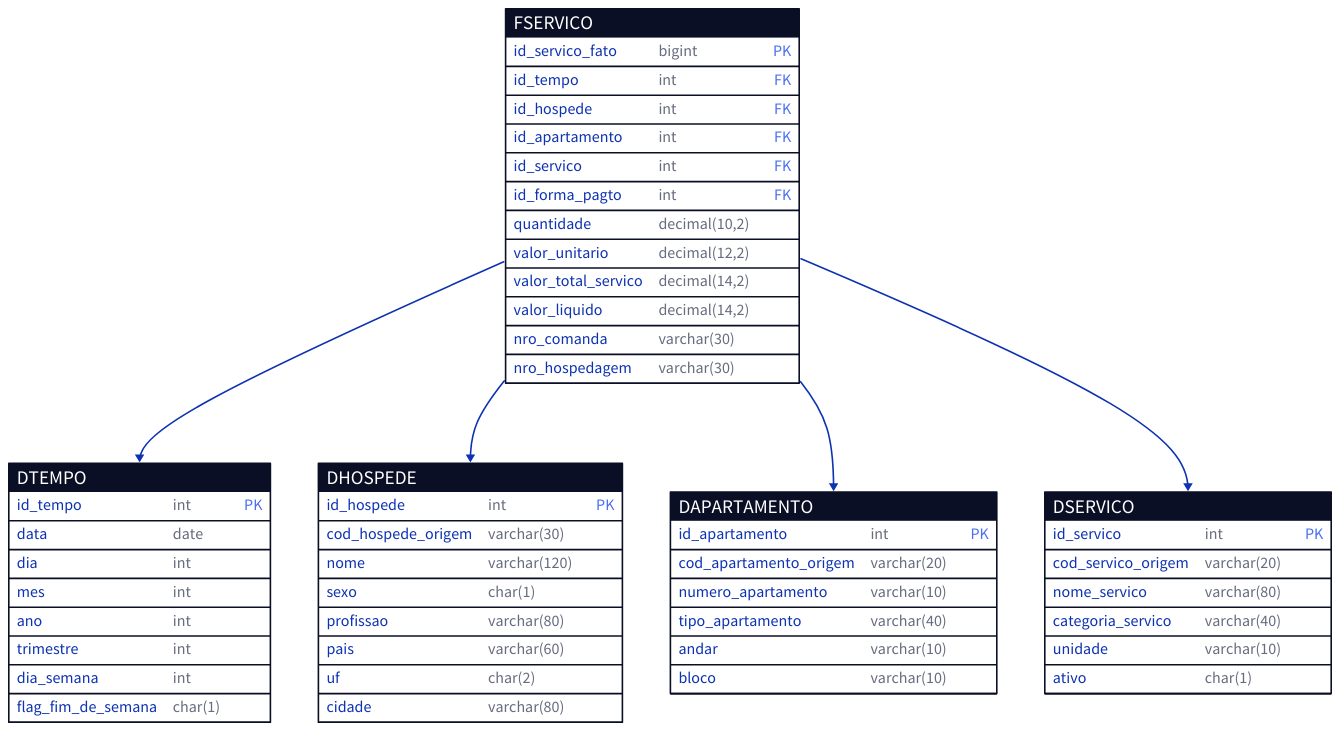
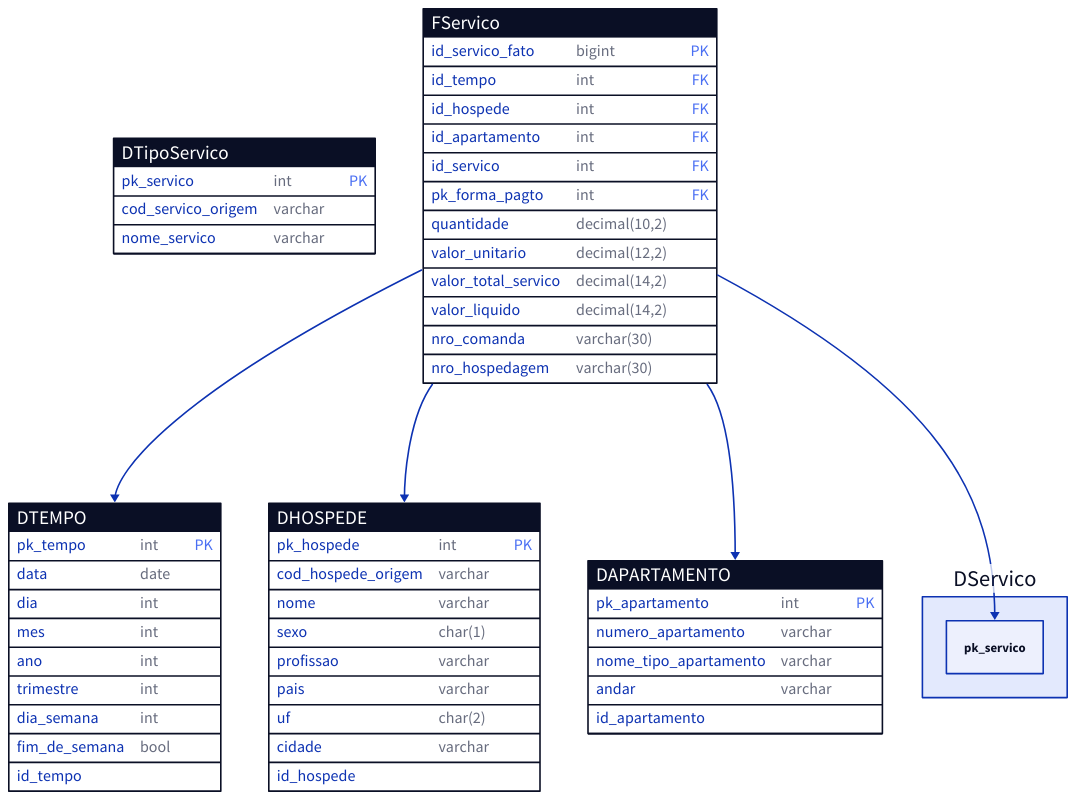
Before and after one commit to saitoi/projeto-final-dw: the diagram in trab-hoje/model.d2, drawn with D2. The commit also changed 1 other file, not shown here.

```diff
--- a/trab-hoje/model.d2
+++ b/trab-hoje/model.d2
@@ -1,71 +1,79 @@
 vars: {
   d2-config: {
     layout-engine: dagre
     theme-id: 0
   }
 }
 
 DTEMPO: {
   shape: sql_table
-  id_tempo: int {constraint: primary_key}
+  pk_tempo: int {constraint: primary_key}
   data: date
   dia: int
   mes: int
   ano: int
   trimestre: int
   dia_semana: int
-  flag_fim_de_semana: char(1)
+  fim_de_semana: bool
 }
+
+
 
 DHOSPEDE: {
   shape: sql_table
-  id_hospede: int {constraint: primary_key}
-  cod_hospede_origem: varchar(30)
-  nome: varchar(120)
+  pk_hospede: int {constraint: primary_key}
+  cod_hospede_origem: varchar
+  nome: varchar
   sexo: char(1)
-  profissao: varchar(80)
-  pais: varchar(60)
+  profissao: varchar
+  pais: varchar
   uf: char(2)
-  cidade: varchar(80)
+  cidade: varchar
 }
+
+# Atributos a serem reavaliados:
+#       Tipo da cama é relevante?
+#       Cama de casal é importante?
 
 DAPARTAMENTO: {
   shape: sql_table
-  id_apartamento: int {constraint: primary_key}
-  cod_apartamento_origem: varchar(20)
-  numero_apartamento: varchar(10)
-  tipo_apartamento: varchar(40)
-  andar: varchar(10)
-  bloco: varchar(10)
+  pk_apartamento: int {constraint: primary_key}
+  # cod_apartamento_origem: varchar
+  numero_apartamento: varchar
+  nome_tipo_apartamento: varchar
+  andar: varchar
+  # bloco: varchar(10)
 }
 
-DSERVICO: {
+# Comentei alguns atributos
+
+DTipoServico: {
   shape: sql_table
-  id_servico: int {constraint: primary_key}
-  cod_servico_origem: varchar(20)
-  nome_servico: varchar(80)
-  categoria_servico: varchar(40)
-  unidade: varchar(10)
-  ativo: char(1)
+  pk_servico: int {constraint: primary_key}
+  cod_servico_origem: varchar
+  nome_servico: varchar
+  # categoria_servico: varchar
+  # unidade: varchar
+  # ativo: char
 }
 
-FSERVICO: {
+FServico: {
   shape: sql_table
   id_servico_fato: bigint {constraint: primary_key}
   id_tempo: int {constraint: foreign_key}
   id_hospede: int {constraint: foreign_key}
   id_apartamento: int {constraint: foreign_key}
   id_servico: int {constraint: foreign_key}
-  id_forma_pagto: int {constraint: foreign_key}
+  pk_forma_pagto: int {constraint: foreign_key}
   quantidade: decimal(10,2)
   valor_unitario: decimal(12,2)
   valor_total_servico: decimal(14,2)
   valor_liquido: decimal(14,2)
   nro_comanda: varchar(30)
   nro_hospedagem: varchar(30)
 }
 
-FSERVICO.id_tempo -> DTEMPO.id_tempo
-FSERVICO.id_hospede -> DHOSPEDE.id_hospede
-FSERVICO.id_apartamento -> DAPARTAMENTO.id_apartamento
-FSERVICO.id_servico -> DSERVICO.id_servico
+FServico.id_tempo -> DTempo.id_tempo
+FServico.id_hospede -> DHospede.id_hospede
+FServico.id_apartamento -> DApartamento.id_apartamento
+FServico.id_servico -> DServico.pk_servico
```
